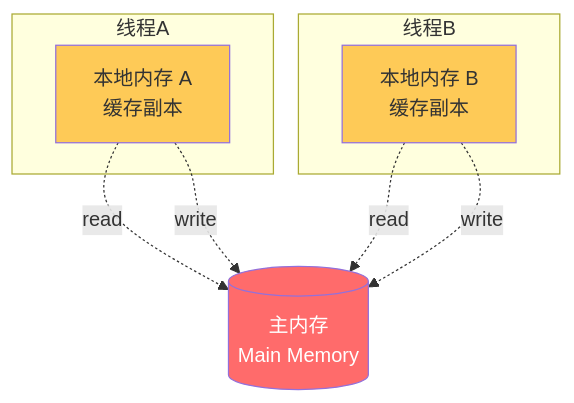
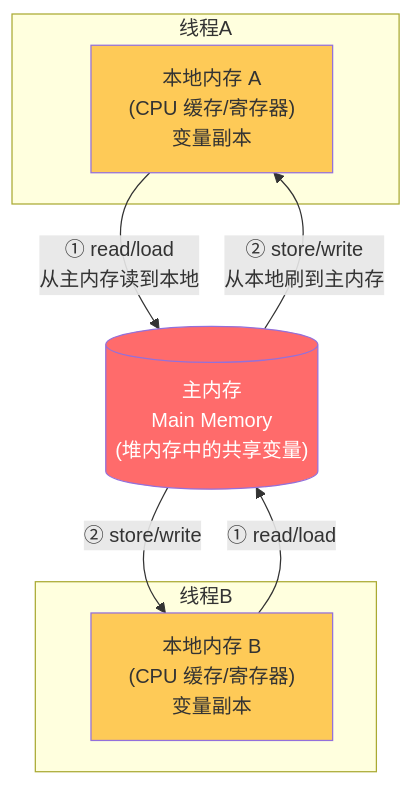
One commit to qigao0787-ops/gq-test changed the sixth of 36 diagrams in document/strengthen/并发编程面试总结_增强版.md. Above: the diagram before and after it, drawn with Mermaid. The commit also changed other lines of this file, not shown here.

````diff
--- a/document/strengthen/并发编程面试总结_增强版.md
+++ b/document/strengthen/并发编程面试总结_增强版.md
@@ -265,19 +541,19 @@
 ```mermaid
 flowchart TB
     subgraph 线程A
-        L1[本地内存 A<br/>缓存副本]
+        L1["本地内存 A<br/>(CPU 缓存/寄存器)<br/>变量副本"]
     end
     subgraph 线程B
-        L2[本地内存 B<br/>缓存副本]
+        L2["本地内存 B<br/>(CPU 缓存/寄存器)<br/>变量副本"]
     end
-    M[(主内存<br/>Main Memory)]
+    M[("主内存<br/>Main Memory<br/>(堆内存中的共享变量)")]
 
-    L1 -.read.-> M
-    L1 -.write.-> M
-    L2 -.read.-> M
-    L2 -.write.-> M
+    L1 -->|"① read/load<br/>从主内存读到本地"| M
+    M -->|"② store/write<br/>从本地刷到主内存"| L1
+    L2 -->|"① read/load"| M
+    M -->|"② store/write"| L2
 
     style M fill:#ff6b6b,color:#fff
     style L1 fill:#feca57
     style L2 fill:#feca57
 ```
````
